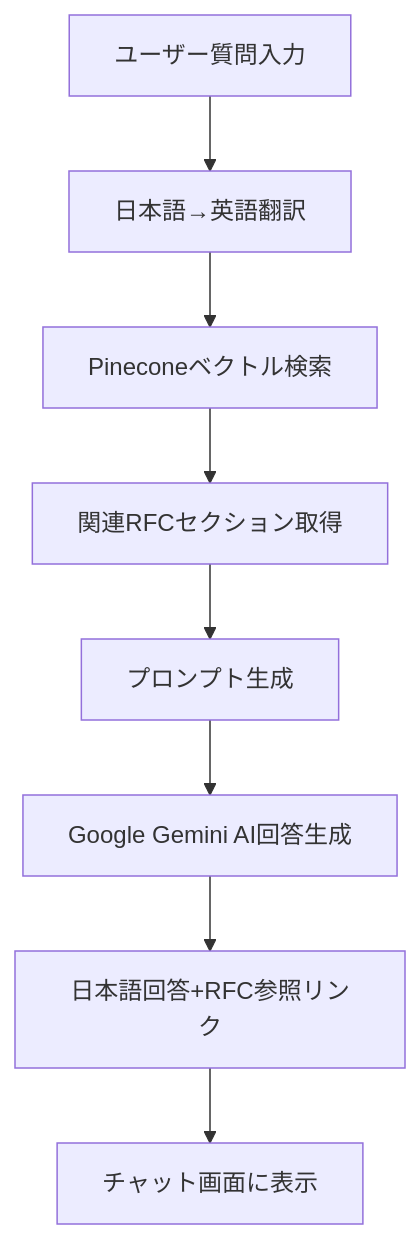
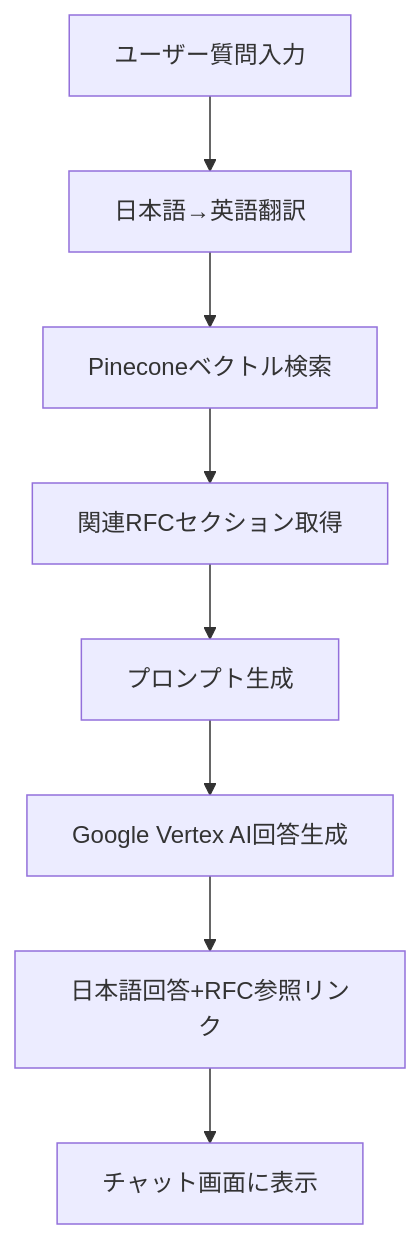
One commit to AdaisukeV/rfc-ai-chat changed the diagram in README.md. Above: the diagram before and after it, drawn with Mermaid. The commit also changed other lines of this file and 2 other files, not shown here.

Commit message:
Complete Vertex AI migration: replace Google AI Studio with service account auth

````diff
--- a/README.md
+++ b/README.md
@@ -20,10 +20,10 @@
 ```mermaid
 graph TD
     A[ユーザー質問入力] --> B[日本語→英語翻訳]
     B --> C[Pineconeベクトル検索]
     C --> D[関連RFCセクション取得]
     D --> E[プロンプト生成]
-    E --> F[Google Gemini AI回答生成]
+    E --> F[Google Vertex AI回答生成]
     F --> G[日本語回答+RFC参照リンク]
     G --> H[チャット画面に表示]
 ```
````
